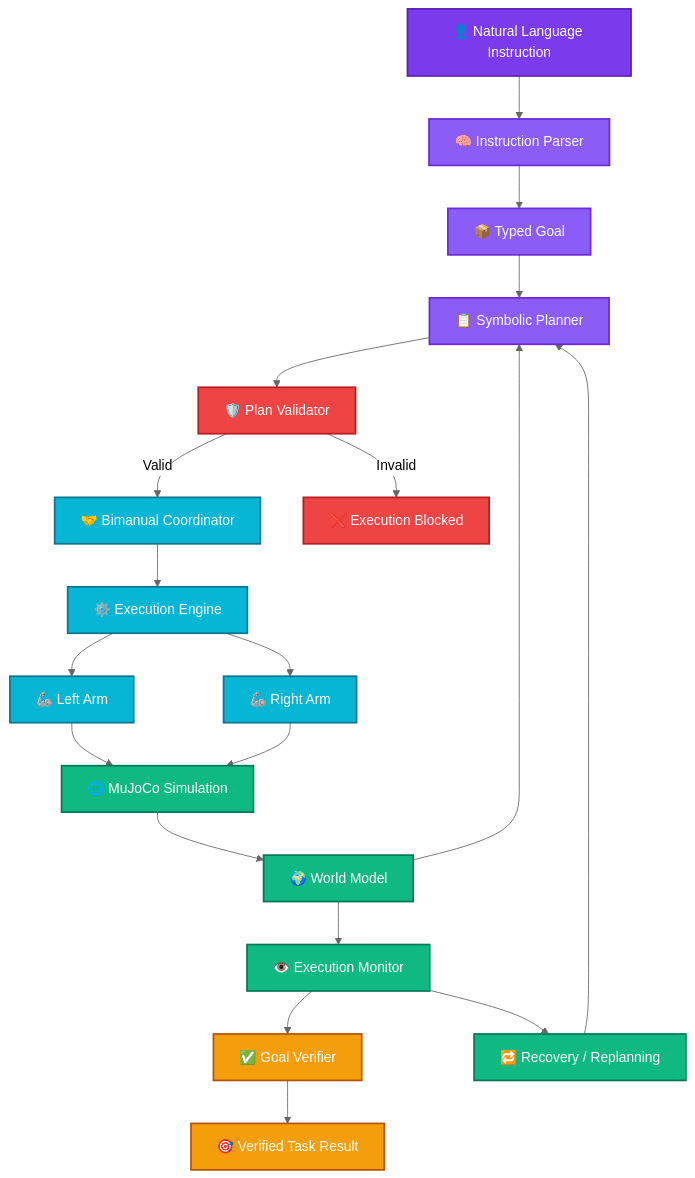
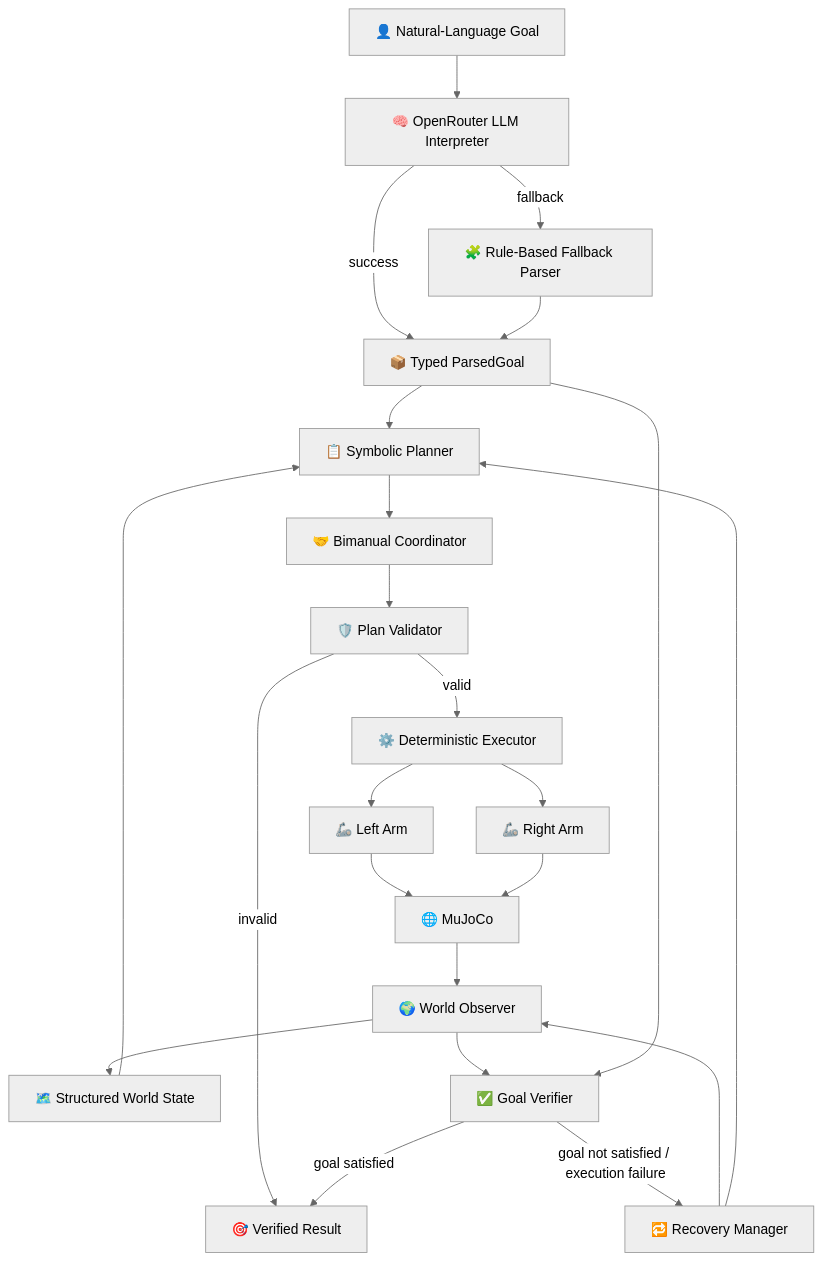
The diagram in README.md (builtbyrehan/taskforge-vla), drawn with Mermaid (neutral theme) before and after one commit. The commit also changed other lines of this file, not shown here.

````diff
--- a/README.md
+++ b/README.md
@@ -173,63 +130,53 @@
 ```mermaid
 flowchart TD
 
-    USER["👤 Natural Language Instruction"]
+    USER["👤 Natural-Language Goal"]
+    LLM["🧠 OpenRouter LLM Interpreter"]
+    FALLBACK["🧩 Rule-Based Fallback Parser"]
+    GOAL["📦 Typed ParsedGoal"]
 
-    PARSER["🧠 Instruction Parser"]
-    GOAL["📦 Typed Goal"]
+    OBSERVE["🌍 World Observer"]
+    WORLD["🗺️ Structured World State"]
+
     PLANNER["📋 Symbolic Planner"]
+    COORD["🤝 Bimanual Coordinator"]
     VALIDATOR["🛡️ Plan Validator"]
-    COORD["🤝 Bimanual Coordinator"]
-    EXECUTOR["⚙️ Execution Engine"]
 
+    EXECUTOR["⚙️ Deterministic Executor"]
     LEFT["🦾 Left Arm"]
     RIGHT["🦾 Right Arm"]
+    SIM["🌐 MuJoCo"]
 
-    SIM["🌐 MuJoCo Simulation"]
-    WORLD["🌍 World Model"]
-    MONITOR["👁️ Execution Monitor"]
-    RECOVERY["🔁 Recovery / Replanning"]
     VERIFY["✅ Goal Verifier"]
+    RECOVERY["🔁 Recovery Manager"]
+    RESULT["🎯 Verified Result"]
 
-    USER --> PARSER
-    PARSER --> GOAL
+    USER --> LLM
+    LLM -->|success| GOAL
+    LLM -->|fallback| FALLBACK
+    FALLBACK --> GOAL
+
+    OBSERVE --> WORLD
+    WORLD --> PLANNER
     GOAL --> PLANNER
-    WORLD --> PLANNER
 
-    PLANNER --> VALIDATOR
-
-    VALIDATOR -->|Valid| COORD
-    VALIDATOR -->|Invalid| STOP["❌ Execution Blocked"]
-
-    COORD --> EXECUTOR
+    PLANNER --> COORD
+    COORD --> VALIDATOR
+    VALIDATOR -->|valid| EXECUTOR
+    VALIDATOR -->|invalid| RESULT
 
     EXECUTOR --> LEFT
     EXECUTOR --> RIGHT
-
     LEFT --> SIM
     RIGHT --> SIM
 
-    SIM --> WORLD
-    WORLD --> MONITOR
+    SIM --> OBSERVE
+    OBSERVE --> VERIFY
+    GOAL --> VERIFY
 
-    MONITOR --> VERIFY
-    MONITOR --> RECOVERY
+    VERIFY -->|goal satisfied| RESULT
+    VERIFY -->|goal not satisfied / execution failure| RECOVERY
 
+    RECOVERY --> OBSERVE
     RECOVERY --> PLANNER
-
-    VERIFY --> RESULT["🎯 Verified Task Result"]
-
-    classDef human fill:#7C3AED,stroke:#5B21B6,color:#fff,stroke-width:2px
-    classDef ai fill:#8B5CF6,stroke:#6D28D9,color:#fff,stroke-width:2px
-    classDef guard fill:#EF4444,stroke:#B91C1C,color:#fff,stroke-width:2px
-    classDef robot fill:#06B6D4,stroke:#0E7490,color:#fff,stroke-width:2px
-    classDef world fill:#10B981,stroke:#047857,color:#fff,stroke-width:2px
-    classDef result fill:#F59E0B,stroke:#B45309,color:#fff,stroke-width:2px
-
-    class USER human
-    class PARSER,GOAL,PLANNER ai
-    class VALIDATOR,STOP guard
-    class COORD,EXECUTOR,LEFT,RIGHT robot
-    class SIM,WORLD,MONITOR,RECOVERY world
-    class VERIFY,RESULT result
 ```
````
